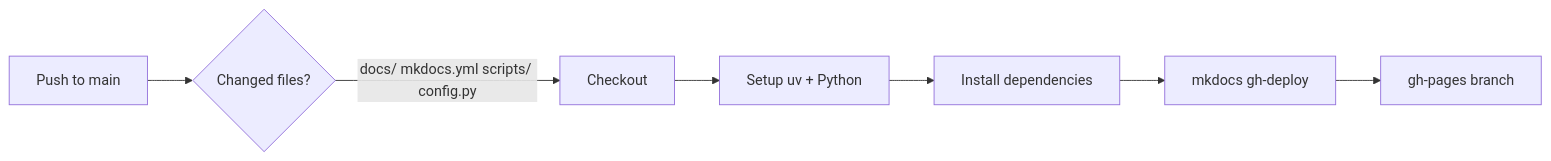
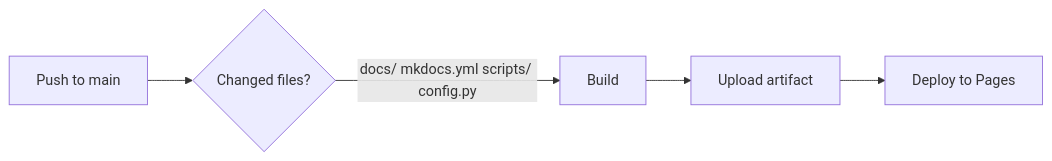
Before and after one commit to jcaillaux/spotlight-ingest: the second of 3 diagrams in docs/ci.md, drawn with Mermaid. The commit also changed other lines of this file, not shown here.

Commit message:
CHORE remove the gh-page and deploy doc from actions

````diff
--- a/docs/ci.md
+++ b/docs/ci.md
@@ -44,9 +44,7 @@
 ```mermaid
 graph LR
     A[Push to main] --> B{Changed files?}
-    B -->|docs/ mkdocs.yml scripts/ config.py| C[Checkout]
-    C --> D[Setup uv + Python]
-    D --> E[Install dependencies]
-    E --> F[mkdocs gh-deploy]
-    F --> G[gh-pages branch]
+    B -->|docs/ mkdocs.yml scripts/ config.py| C[Build]
+    C --> D[Upload artifact]
+    D --> E[Deploy to Pages]
 ```
````
